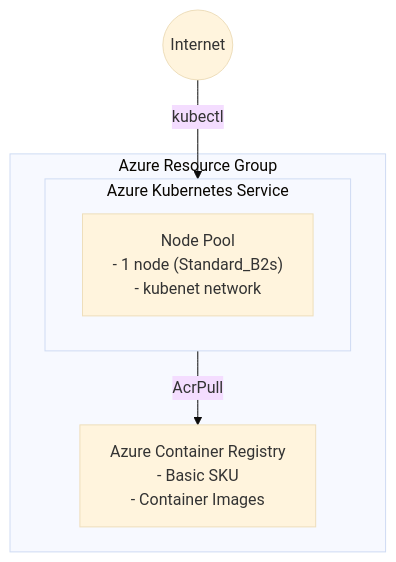
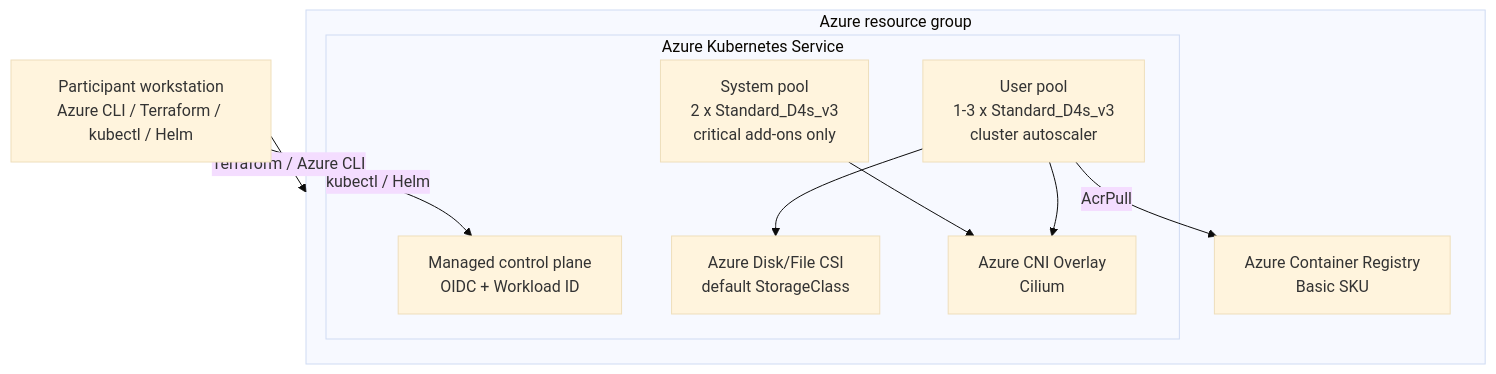
Before and after one commit to ks6088ts/template-terraform: the diagram in infra/scenarios/azure_kubernetes_playground/README.md, drawn with Mermaid (base theme). The commit also changed other lines of this file and 33 other files, not shown here.

````diff
--- a/infra/scenarios/azure_kubernetes_playground/README.md
+++ b/infra/scenarios/azure_kubernetes_playground/README.md
@@ -28,15 +29,23 @@
 ```mermaid
 flowchart TB
-    Internet((Internet))
+    Operator["Participant workstation<br/>Azure CLI / Terraform / kubectl / Helm"]
 
-    subgraph Azure["Azure Resource Group"]
-        ACR["Azure Container Registry<br/>- Basic SKU<br/>- Container Images"]
+    subgraph Azure["Azure resource group"]
+        ACR["Azure Container Registry<br/>Basic SKU"]
 
         subgraph AKS["Azure Kubernetes Service"]
-            Node["Node Pool<br/>- 1 node (Standard_B2s)<br/>- kubenet network"]
+            ControlPlane["Managed control plane<br/>OIDC + Workload ID"]
+            SystemPool["System pool<br/>2 x Standard_D4s_v3<br/>critical add-ons only"]
+            UserPool["User pool<br/>1-3 x Standard_D4s_v3<br/>cluster autoscaler"]
+            CSI["Azure Disk/File CSI<br/>default StorageClass"]
+            Cilium["Azure CNI Overlay<br/>Cilium"]
         end
     end
 
-    Internet -->|kubectl| AKS
-    AKS -->|AcrPull| ACR
+    Operator -->|Terraform / Azure CLI| Azure
+    Operator -->|kubectl / Helm| ControlPlane
+    UserPool -->|AcrPull| ACR
+    UserPool --> CSI
+    SystemPool --> Cilium
+    UserPool --> Cilium
 ```
````
